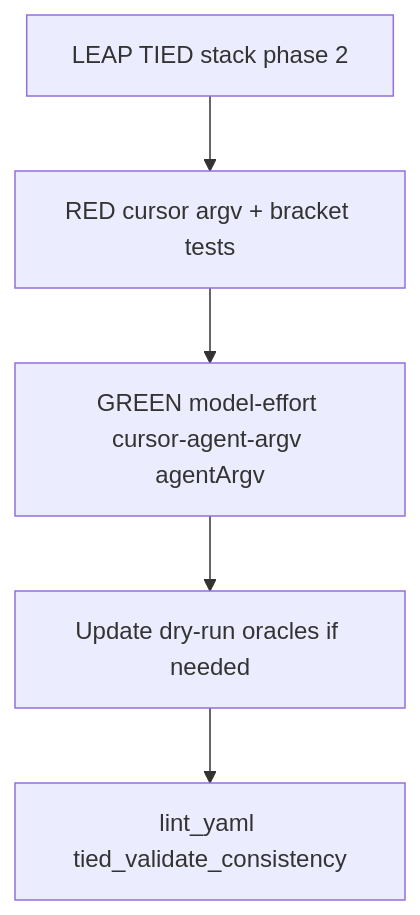
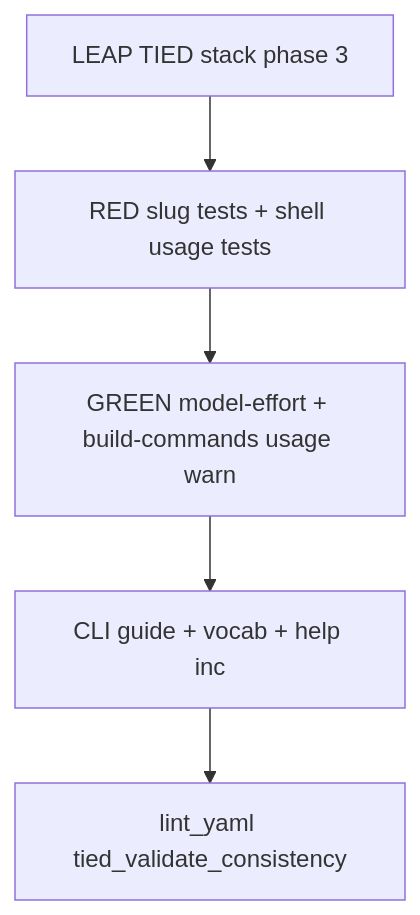
The diagram in tied-project/working/REQ-WF_TRIAL_MODEL_EFFORT/PLAN.md (fareedst/tied), drawn with Mermaid before and after one commit. The commit also changed other lines of this file and 21 other files, not shown here.

First line of the commit message:
feat(agentstream): Cursor slug effort tiers for WF trial phase 3

````diff
--- a/tied-project/working/REQ-WF_TRIAL_MODEL_EFFORT/PLAN.md
+++ b/tied-project/working/REQ-WF_TRIAL_MODEL_EFFORT/PLAN.md
@@ -106,9 +112,9 @@
 ```mermaid
 flowchart TD
-  leap[LEAP TIED stack phase 2]
-  red[RED cursor argv + bracket tests]
-  green[GREEN model-effort cursor-agent-argv agentArgv]
-  oracle[Update dry-run oracles if needed]
+  leap[LEAP TIED stack phase 3]
+  red[RED slug tests + shell usage tests]
+  green[GREEN model-effort + build-commands usage warn]
+  docs[CLI guide + vocab + help inc]
   validate[lint_yaml tied_validate_consistency]
-  leap --> red --> green --> oracle --> validate
+  leap --> red --> green --> docs --> validate
 ```
````
